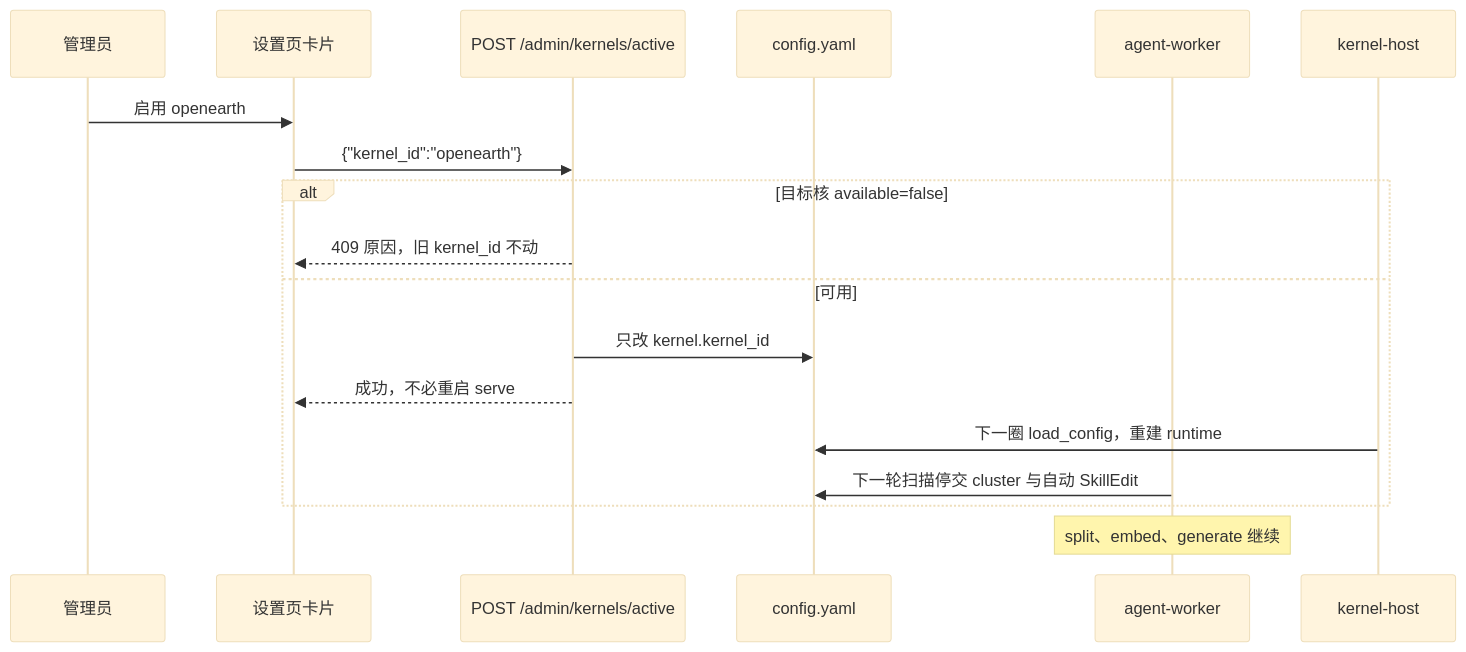
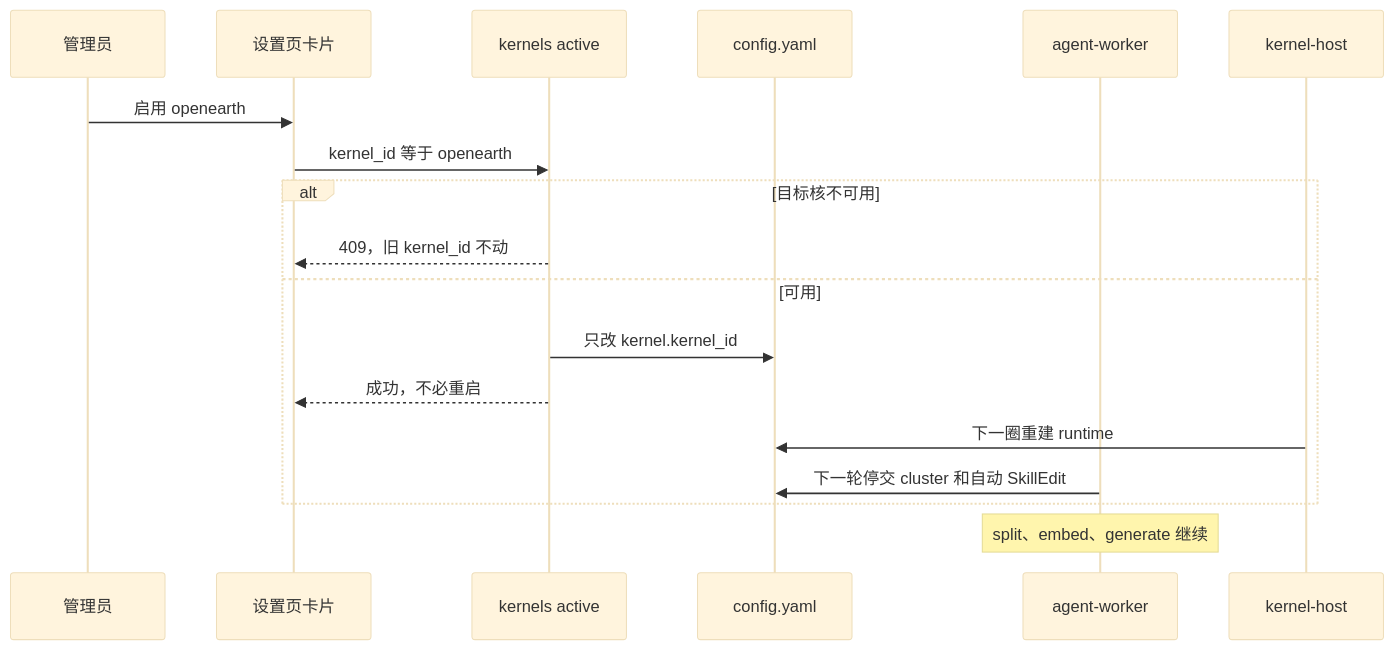
One commit to SkillNerds/xskill changed the third of 6 diagrams in docs/plans/2026-08-27-openearth-landing-on-main.md. Above: the diagram before and after it, drawn with Mermaid (base theme). The commit also changed other lines of this file, not shown here.

First line of the commit message:
docs: put sequence and class diagrams first on the OE landing note

````diff
--- a/docs/plans/2026-08-27-openearth-landing-on-main.md
+++ b/docs/plans/2026-08-27-openearth-landing-on-main.md
@@ -170,21 +67,21 @@
 ```mermaid
 sequenceDiagram
     participant Admin as 管理员
     participant UI as 设置页卡片
-    participant API as POST /admin/kernels/active
+    participant API as kernels active
     participant Cfg as config.yaml
     participant AW as agent-worker
     participant KH as kernel-host
 
     Admin->>UI: 启用 openearth
-    UI->>API: {"kernel_id":"openearth"}
-    alt 目标核 available=false
-        API-->>UI: 409 原因，旧 kernel_id 不动
+    UI->>API: kernel_id 等于 openearth
+    alt 目标核不可用
+        API-->>UI: 409，旧 kernel_id 不动
     else 可用
         API->>Cfg: 只改 kernel.kernel_id
-        API-->>UI: 成功，不必重启 serve
-        KH->>Cfg: 下一圈 load_config，重建 runtime
-        AW->>Cfg: 下一轮扫描停交 cluster 与自动 SkillEdit
+        API-->>UI: 成功，不必重启
+        KH->>Cfg: 下一圈重建 runtime
+        AW->>Cfg: 下一轮停交 cluster 和自动 SkillEdit
     end
     Note over AW: split、embed、generate 继续
 ```
````
